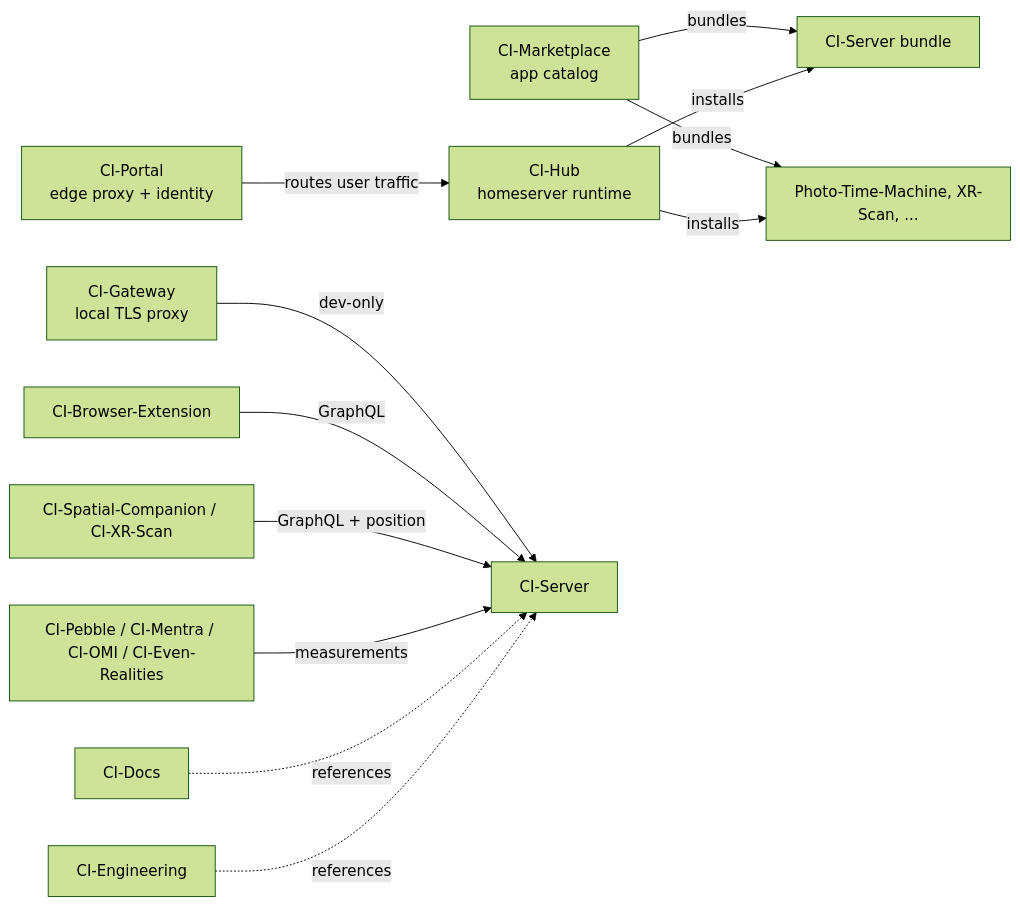
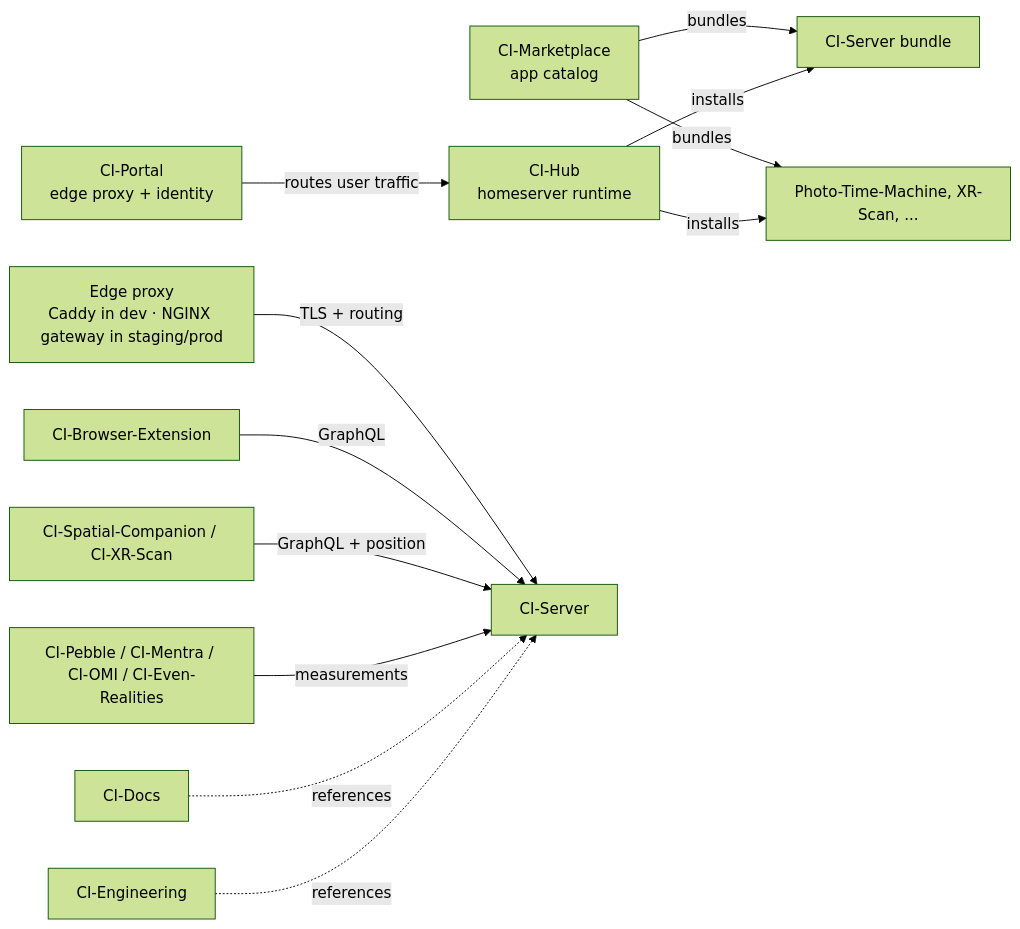
One commit to bennettchamberlain/Requiemv1 changed the fifth of 6 diagrams in docs/architecture/architecture.md. Above: the diagram before and after it, drawn with Mermaid (forest theme). The commit also changed other lines of this file and 4 other files, not shown here.

First line of the commit message:
docs: reconcile stack facts across README, CLAUDE, copilot, architecture

````diff
--- a/docs/architecture/architecture.md
+++ b/docs/architecture/architecture.md
@@ -287,14 +290,14 @@
 ```mermaid
 flowchart LR
     Marketplace[CI-Marketplace<br/>app catalog] -- bundles --> ServerApp[CI-Server bundle]
     Marketplace -- bundles --> OtherApp[Photo-Time-Machine, XR-Scan, ...]
     Hub[CI-Hub<br/>homeserver runtime] -- installs --> ServerApp
     Hub -- installs --> OtherApp
     Portal[CI-Portal<br/>edge proxy + identity] -- routes user traffic --> Hub
-    Gateway[CI-Gateway<br/>local TLS proxy] -- dev-only --> Server[CI-Server]
+    Gateway["Edge proxy<br/>Caddy in dev · NGINX gateway in staging/prod"] -- TLS + routing --> Server[CI-Server]
     Browser[CI-Browser-Extension] -- GraphQL --> Server
     XR[CI-Spatial-Companion / CI-XR-Scan] -- GraphQL + position --> Server
     Wearables[CI-Pebble / CI-Mentra / CI-OMI / CI-Even-Realities] -- measurements --> Server
     Docs[CI-Docs] -. references .-> Server
     Engineering[CI-Engineering] -. references .-> Server
 ```
````
